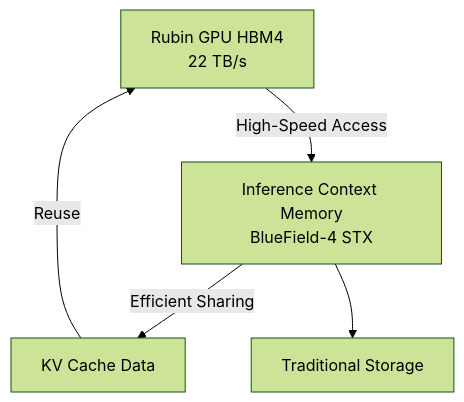
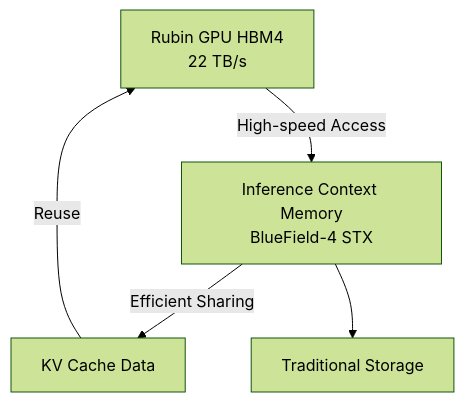
The second of 3 diagrams in articles/en/2026-03-18-nvidia-vera-rubin-inference-infrastructure.md (no-problem-dev/rick-brick-content), drawn with Mermaid (forest theme) before and after one commit. The commit also changed other lines of this file and 126 other files, not shown here.

````diff
--- a/articles/en/2026-03-18-nvidia-vera-rubin-inference-infrastructure.md
+++ b/articles/en/2026-03-18-nvidia-vera-rubin-inference-infrastructure.md
@@ -152,7 +152,7 @@
 ```mermaid
 graph TD
-    A[Rubin GPU HBM4<br/>22 TB/s] -->|High-Speed Access| B[Inference Context Memory<br/>BlueField-4 STX]
+    A[Rubin GPU HBM4<br/>22 TB/s] -->|High-speed Access| B[Inference Context Memory<br/>BlueField-4 STX]
     B -->|Efficient Sharing| C[KV Cache Data]
     B --> D[Traditional Storage]
     C -->|Reuse| A
 ```
````
